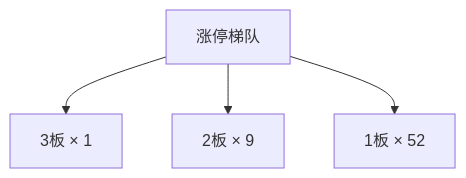
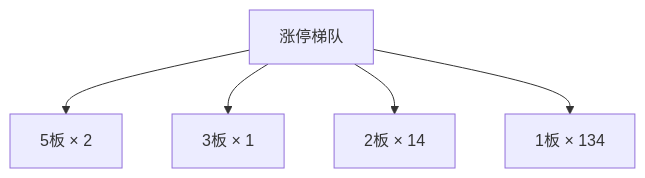
Before and after one commit to chenyang1999/chzl-kg: the second of 3 diagrams in content/投研交易/盘中分析/20261123.md, drawn with Mermaid. The commit also changed other lines of this file, not shown here.

````diff
--- a/content/投研交易/盘中分析/20261123.md
+++ b/content/投研交易/盘中分析/20261123.md
@@ -70,10 +71,12 @@
 ```mermaid
 flowchart TD
-    B_0["3板 × 1"]
-    B_1["2板 × 9"]
-    B_2["1板 × 52"]
+    B_0["5板 × 2"]
+    B_1["3板 × 1"]
+    B_2["2板 × 14"]
+    B_3["1板 × 134"]
     ROOT["涨停梯队"]
     ROOT --> B_0
     ROOT --> B_1
     ROOT --> B_2
+    ROOT --> B_3
 ```
````
